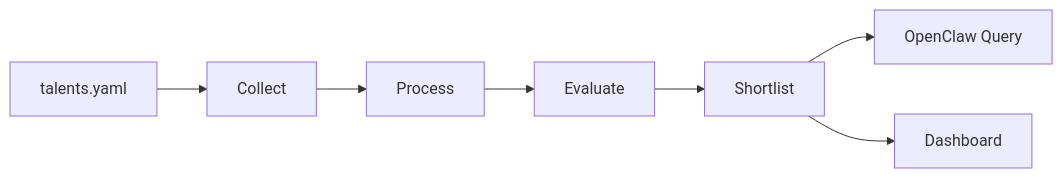
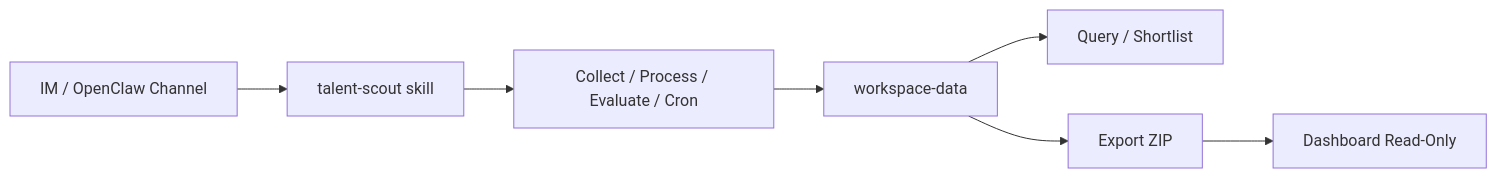
One commit to presence-io/talent-scout changed the diagram in README.md. Above: the diagram before and after it, drawn with Mermaid. The commit also changed other lines of this file and 36 other files, not shown here.

First line of the commit message:
docs/skills: update export & config-request docs; fix workspace path resolution; format

````diff
--- a/README.md
+++ b/README.md
@@ -28,9 +30,9 @@
 ```mermaid
 flowchart LR
-  A[talents.yaml] --> B[Collect]
-  B --> C[Process]
-  C --> D[Evaluate]
-  D --> E[Shortlist]
-  E --> F[OpenClaw Query]
-  E --> G[Dashboard]
+  A[IM / OpenClaw Channel] --> B[talent-scout skill]
+  B --> C[Collect / Process / Evaluate / Cron]
+  C --> D[workspace-data]
+  D --> E[Query / Shortlist]
+  D --> F[Export ZIP]
+  F --> G[Dashboard Read-Only]
 ```
````
